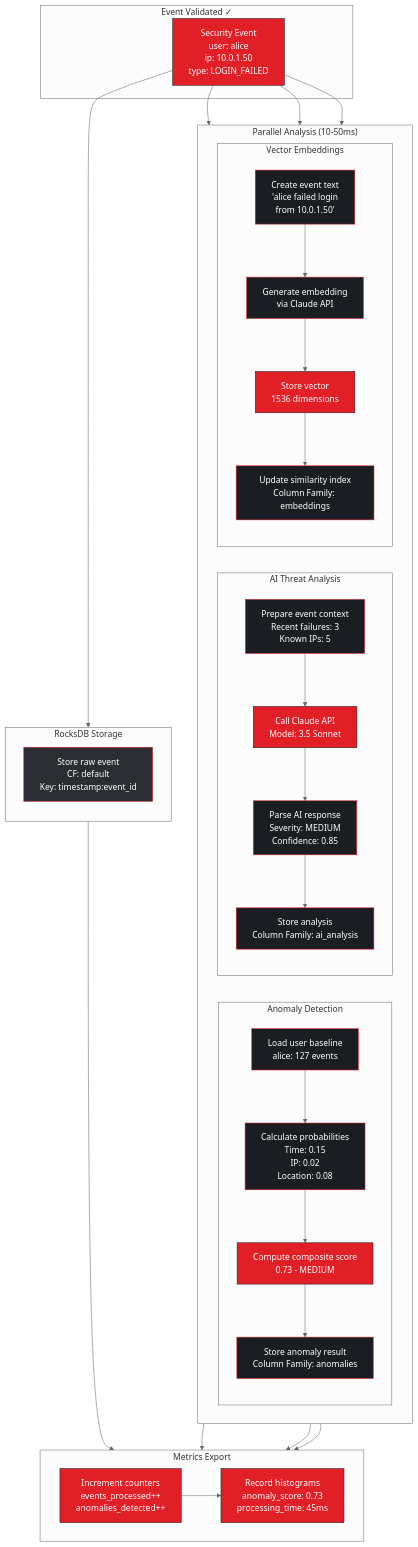
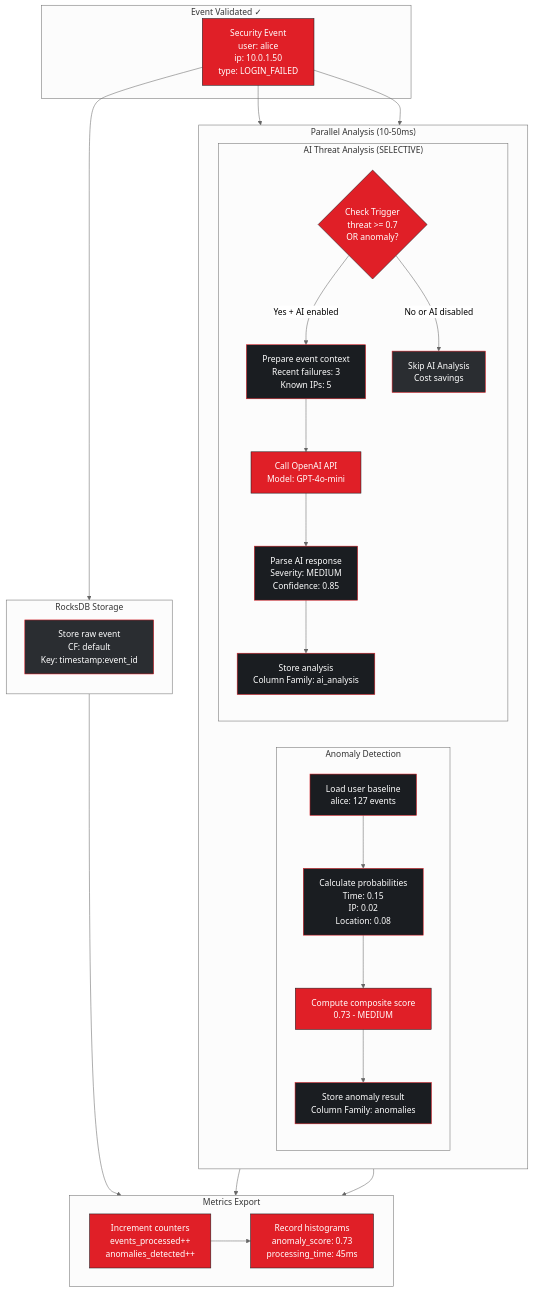
Before and after one commit to joselor/streamguard: the second of 8 diagrams in docs/final/diagrams/DATA_FLOW_ANIMATION.md, drawn with Mermaid (neutral theme). The commit also changed other lines of this file and 14 other files, not shown here.

````diff
--- a/docs/final/diagrams/DATA_FLOW_ANIMATION.md
+++ b/docs/final/diagrams/DATA_FLOW_ANIMATION.md
@@ -37,74 +37,65 @@
 ```mermaid
 flowchart TB
     subgraph Input["Event Validated ✓"]
         E[Security Event<br/>user: alice<br/>ip: 10.0.1.50<br/>type: LOGIN_FAILED]
         style E fill:#E01F27,stroke:#1A1D21,color:#fff
     end
 
     subgraph Pipeline["Parallel Analysis (10-50ms)"]
         direction LR
 
         subgraph Anomaly["Anomaly Detection"]
             direction TB
             A1[Load user baseline<br/>alice: 127 events]
             A2[Calculate probabilities<br/>Time: 0.15<br/>IP: 0.02<br/>Location: 0.08]
             A3[Compute composite score<br/>0.73 - MEDIUM]
             A4[Store anomaly result<br/>Column Family: anomalies]
             style A1 fill:#1A1D21,stroke:#E01F27,color:#fff
             style A2 fill:#1A1D21,stroke:#E01F27,color:#fff
             style A3 fill:#E01F27,stroke:#1A1D21,color:#fff
             style A4 fill:#1A1D21,stroke:#E01F27,color:#fff
             A1 --> A2 --> A3 --> A4
         end
 
-        subgraph AI["AI Threat Analysis"]
+        subgraph AI["AI Threat Analysis (SELECTIVE)"]
             direction TB
+            B0{Check Trigger<br/>threat >= 0.7<br/>OR anomaly?}
             B1[Prepare event context<br/>Recent failures: 3<br/>Known IPs: 5]
-            B2[Call Claude API<br/>Model: 3.5 Sonnet]
+            B2[Call OpenAI API<br/>Model: GPT-4o-mini]
             B3[Parse AI response<br/>Severity: MEDIUM<br/>Confidence: 0.85]
             B4[Store analysis<br/>Column Family: ai_analysis]
+            SKIP[Skip AI Analysis<br/>Cost savings]
+            style B0 fill:#E01F27,stroke:#1A1D21,color:#fff
             style B1 fill:#1A1D21,stroke:#E01F27,color:#fff
             style B2 fill:#E01F27,stroke:#1A1D21,color:#fff
             style B3 fill:#1A1D21,stroke:#E01F27,color:#fff
             style B4 fill:#1A1D21,stroke:#E01F27,color:#fff
+            style SKIP fill:#2A2D31,stroke:#E01F27,color:#fff
+            B0 -->|Yes + AI enabled| B1
+            B0 -->|No or AI disabled| SKIP
             B1 --> B2 --> B3 --> B4
-        end
-
-        subgraph Embedding["Vector Embeddings"]
-            direction TB
-            C1[Create event text<br/>'alice failed login<br/>from 10.0.1.50']
-            C2[Generate embedding<br/>via Claude API]
-            C3[Store vector<br/>1536 dimensions]
-            C4[Update similarity index<br/>Column Family: embeddings]
-            style C1 fill:#1A1D21,stroke:#E01F27,color:#fff
-            style C2 fill:#1A1D21,stroke:#E01F27,color:#fff
-            style C3 fill:#E01F27,stroke:#1A1D21,color:#fff
-            style C4 fill:#1A1D21,stroke:#E01F27,color:#fff
-            C1 --> C2 --> C3 --> C4
         end
     end
 
     subgraph Storage["RocksDB Storage"]
         direction TB
         S1[Store raw event<br/>CF: default<br/>Key: timestamp:event_id]
         style S1 fill:#2A2D31,stroke:#E01F27,color:#fff
     end
 
     subgraph Metrics["Metrics Export"]
         M1[Increment counters<br/>events_processed++<br/>anomalies_detected++]
         M2[Record histograms<br/>anomaly_score: 0.73<br/>processing_time: 45ms]
         style M1 fill:#E01F27,stroke:#1A1D21,color:#fff
         style M2 fill:#E01F27,stroke:#1A1D21,color:#fff
         M1 --> M2
     end
 
     E --> Anomaly
     E --> AI
-    E --> Embedding
     E --> Storage
 
     Anomaly --> Metrics
     AI --> Metrics
-    Embedding --> Metrics
     Storage --> Metrics
 ```
````
